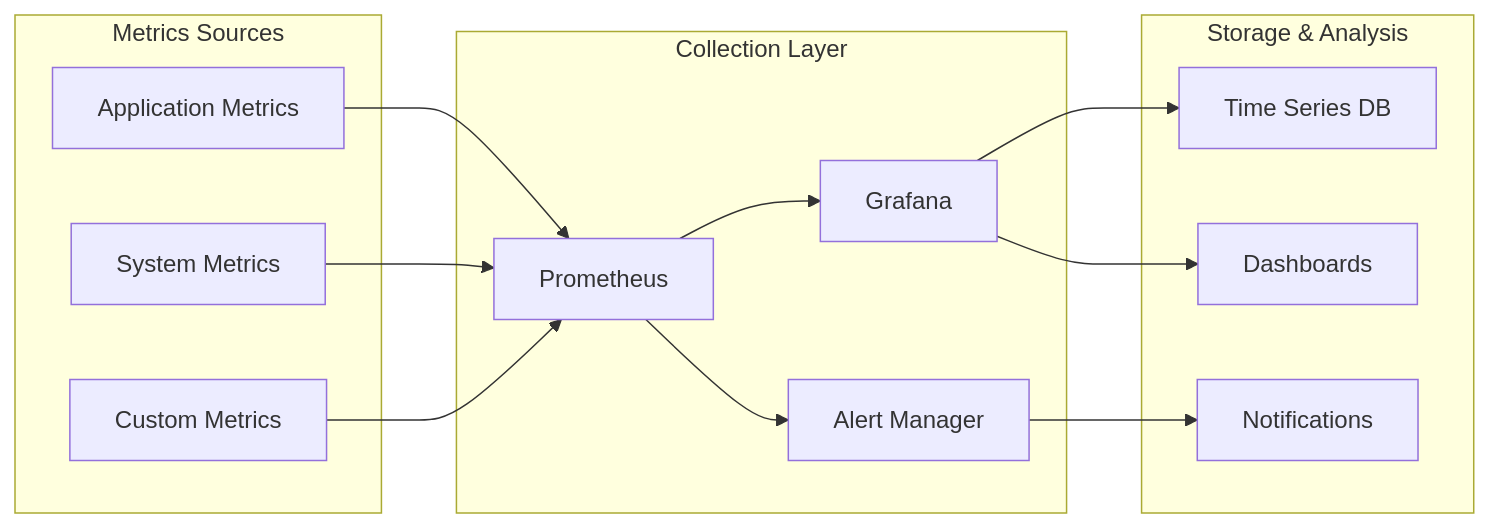
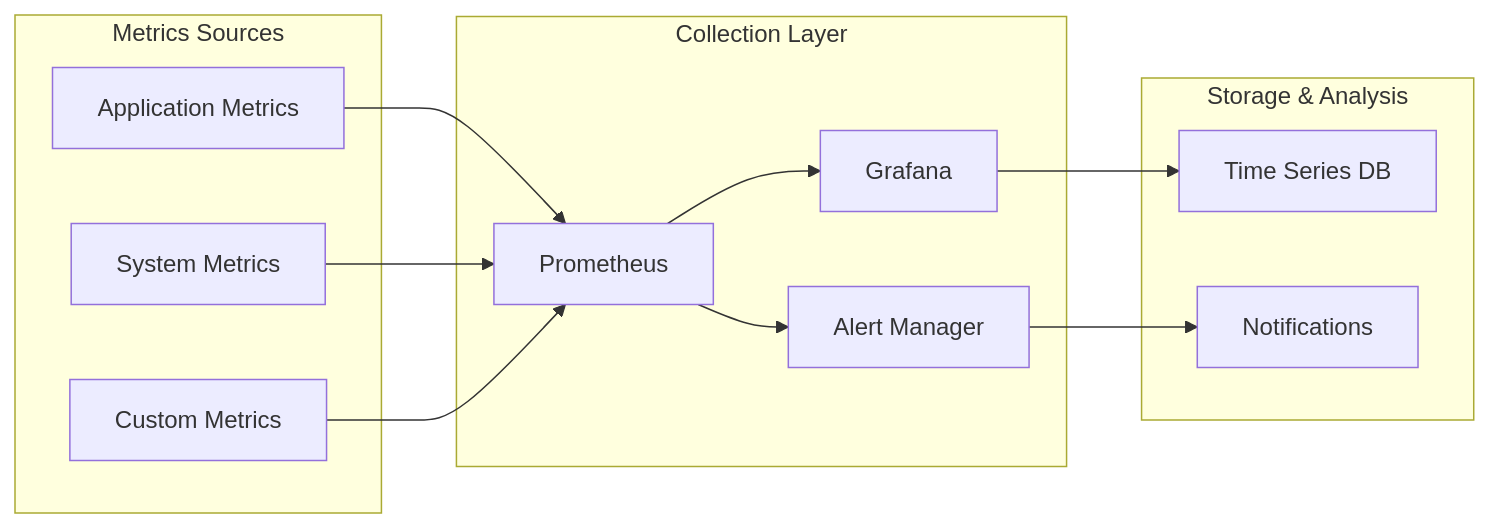
One commit to Gizzahub/gzh-cli changed the seventh of 8 diagrams in docs/02-architecture/overview.md. Above: the diagram before and after it, drawn with Mermaid. The commit also changed other lines of this file and 44 other files, not shown here.

````diff
--- a/docs/02-architecture/overview.md
+++ b/docs/02-architecture/overview.md
@@ -445,31 +439,29 @@
 ```mermaid
 graph LR
     subgraph "Metrics Sources"
         APP_METRICS[Application Metrics]
         SYS_METRICS[System Metrics]
         CUSTOM_METRICS[Custom Metrics]
     end
 
     subgraph "Collection Layer"
         PROMETHEUS[Prometheus]
         GRAFANA[Grafana]
         ALERTS[Alert Manager]
     end
 
     subgraph "Storage & Analysis"
         TSDB[Time Series DB]
-        DASHBOARDS[Dashboards]
         NOTIFICATIONS[Notifications]
     end
 
     APP_METRICS --> PROMETHEUS
     SYS_METRICS --> PROMETHEUS
     CUSTOM_METRICS --> PROMETHEUS
 
     PROMETHEUS --> GRAFANA
     PROMETHEUS --> ALERTS
 
     GRAFANA --> TSDB
-    GRAFANA --> DASHBOARDS
     ALERTS --> NOTIFICATIONS
 ```
````
